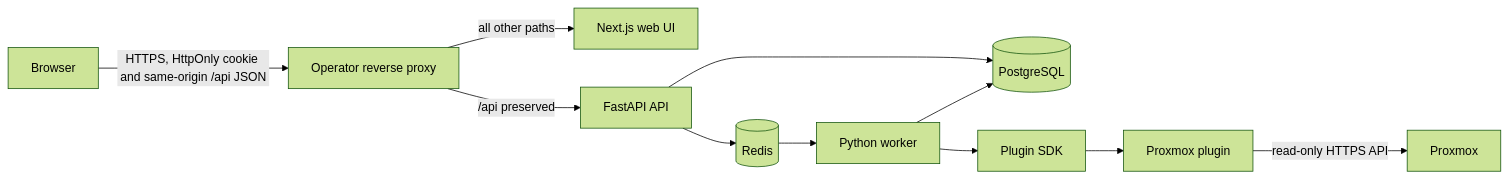
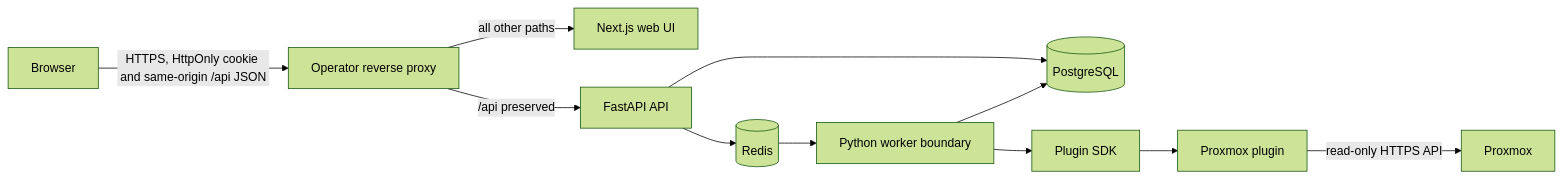
Before and after one commit to benchristian88/atlas: the diagram in docs/architecture/architecture-v0.md, drawn with Mermaid (forest theme). The commit also changed other lines of this file and 11 other files, not shown here.

Commit message:
docs:roadmap alignment

````diff
--- a/docs/architecture/architecture-v0.md
+++ b/docs/architecture/architecture-v0.md
@@ -11,13 +17,13 @@
 ```mermaid
 flowchart LR
     Browser[Browser] -->|HTTPS, HttpOnly cookie and same-origin /api JSON| Proxy[Operator reverse proxy]
     Proxy -->|all other paths| Web[Next.js web UI]
     Proxy -->|/api preserved| API[FastAPI API]
     API --> DB[(PostgreSQL)]
     API --> Redis[(Redis)]
-    Redis --> Worker[Python worker]
+    Redis --> Worker[Python worker boundary]
     Worker --> SDK[Plugin SDK]
     SDK --> Proxmox[Proxmox plugin]
     Proxmox -->|read-only HTTPS API| PVE[Proxmox]
     Worker --> DB
 ```
````
